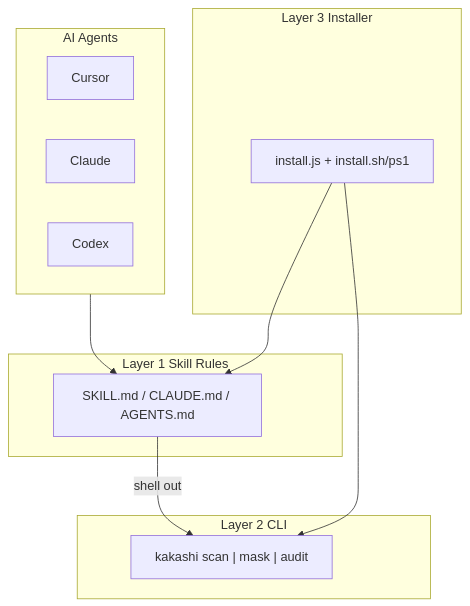
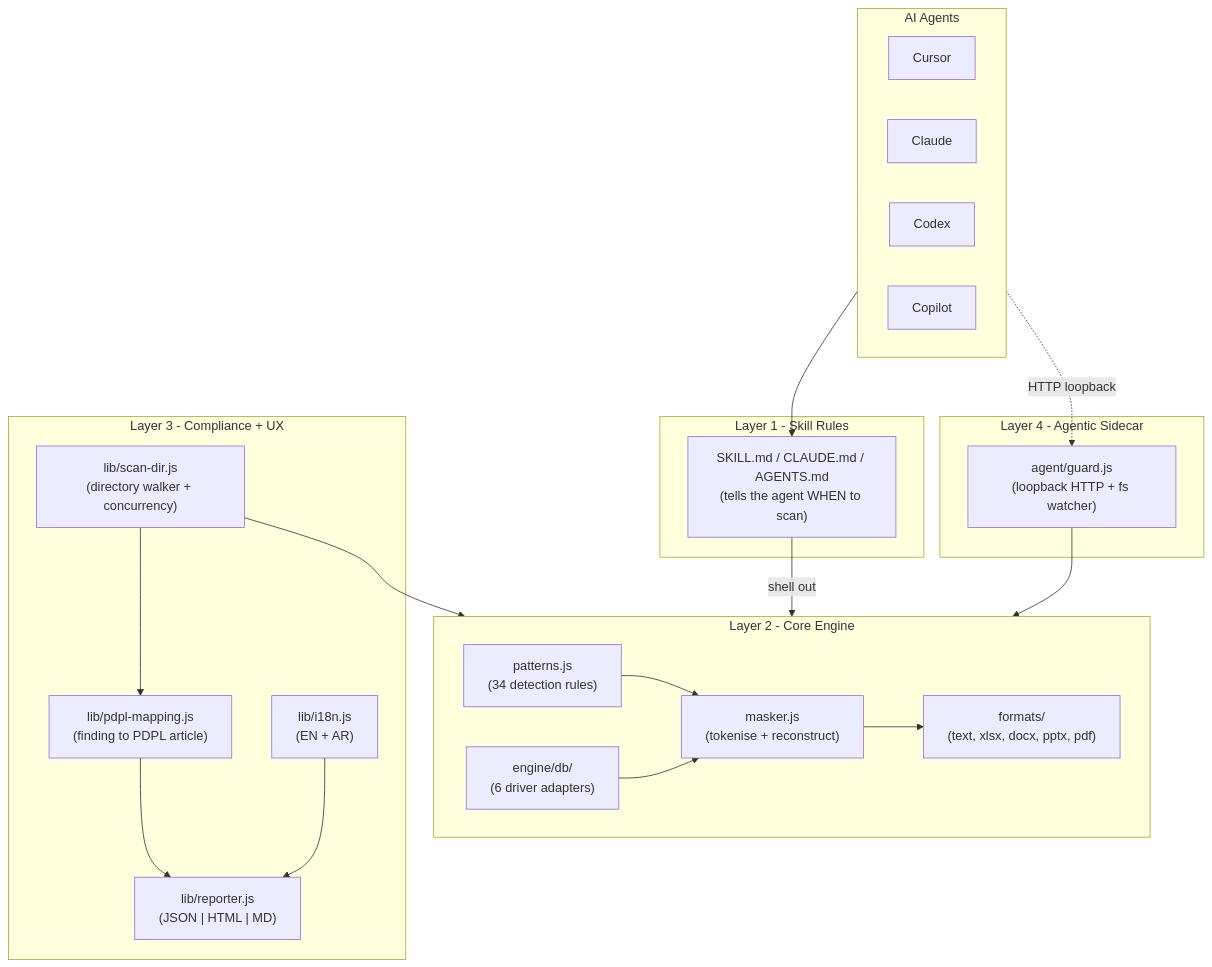
The first of 4 diagrams in docs/ARCHITECTURE.md (Muhammadatef/kakashi), drawn with Mermaid before and after one commit. The commit also changed other lines of this file and 35 other files, not shown here.

````diff
--- a/docs/ARCHITECTURE.md
+++ b/docs/ARCHITECTURE.md
@@ -7,21 +11,39 @@
 ```mermaid
 flowchart TB
-  subgraph layer1 [Layer 1 Skill Rules]
-    SkillMD["SKILL.md / CLAUDE.md / AGENTS.md"]
+  subgraph L1 [Layer 1 - Skill Rules]
+    SkillMD["SKILL.md / CLAUDE.md / AGENTS.md<br/>(tells the agent WHEN to scan)"]
   end
-  subgraph layer2 [Layer 2 CLI]
-    CLI["kakashi scan | mask | audit"]
+  subgraph L2 [Layer 2 - Core Engine]
+    Patterns["patterns.js<br/>(34 detection rules)"]
+    Masker["masker.js<br/>(tokenise + reconstruct)"]
+    Formats["formats/<br/>(text, xlsx, docx, pptx, pdf)"]
+    DB["engine/db/<br/>(6 driver adapters)"]
+    Patterns --> Masker
+    Masker --> Formats
+    DB --> Masker
   end
-  subgraph layer3 [Layer 3 Installer]
-    Install["install.js + install.sh/ps1"]
+  subgraph L3 [Layer 3 - Compliance + UX]
+    Pdpl["lib/pdpl-mapping.js<br/>(finding to PDPL article)"]
+    Reporter["lib/reporter.js<br/>(JSON | HTML | MD)"]
+    ScanDir["lib/scan-dir.js<br/>(directory walker + concurrency)"]
+    I18n["lib/i18n.js<br/>(EN + AR)"]
+    Pdpl --> Reporter
+    ScanDir --> Pdpl
+    I18n --> Reporter
   end
-  subgraph agents [AI Agents]
+  subgraph L4 [Layer 4 - Agentic Sidecar]
+    Guard["agent/guard.js<br/>(loopback HTTP + fs watcher)"]
+  end
+  subgraph AGENTS [AI Agents]
     Cursor
     Claude
     Codex
+    Copilot
   end
-  agents --> SkillMD
-  SkillMD -->|"shell out"| CLI
-  Install --> SkillMD
-  Install --> CLI
+
+  AGENTS --> SkillMD
+  SkillMD -->|shell out| L2
+  ScanDir --> L2
+  Guard --> L2
+  AGENTS -.HTTP loopback.-> Guard
 ```
````
